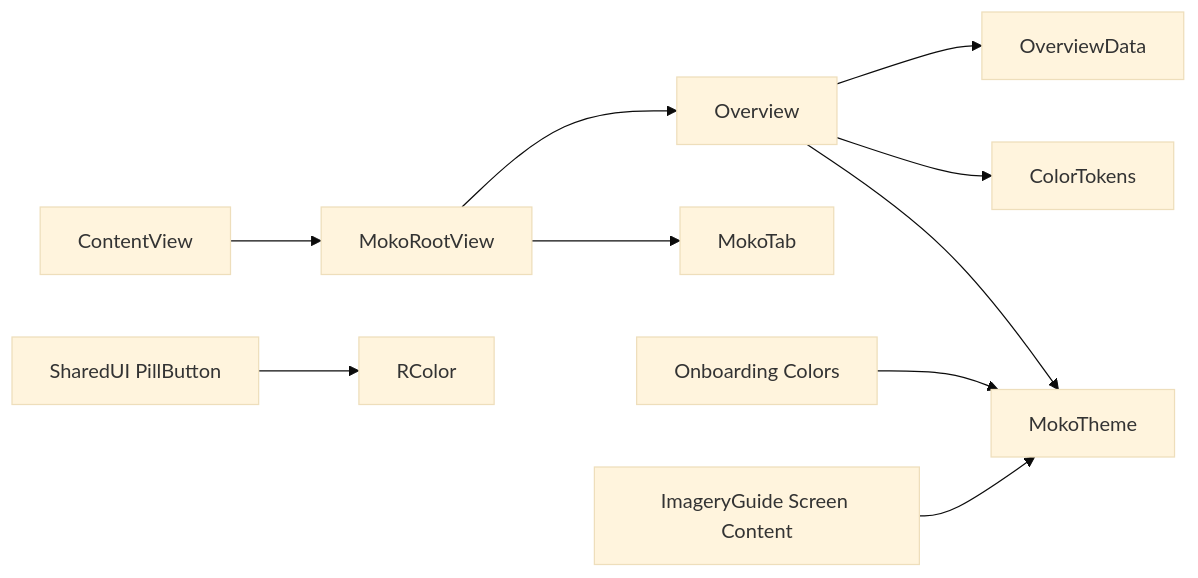
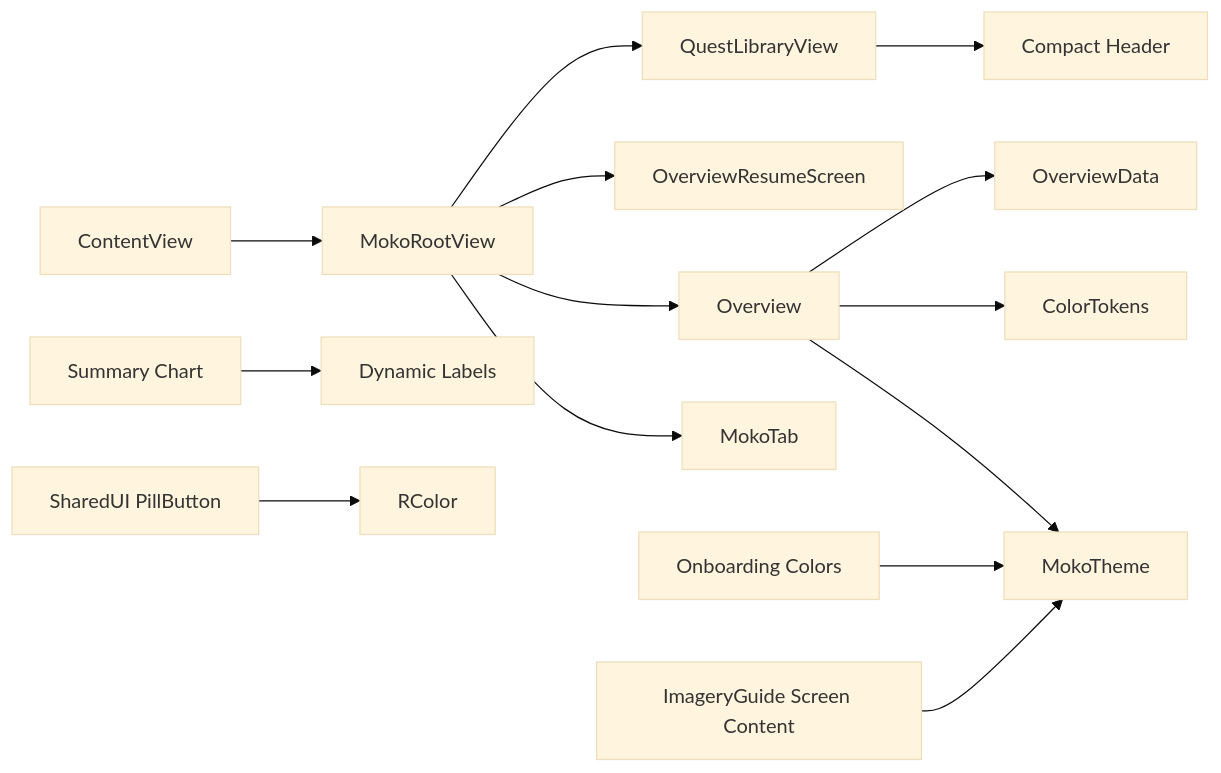
Before and after one commit to Moko-Your-Social-Capy/Moko---iOS-Native-App-: diagram 11 of 11 in .qoder/repowiki/en/content/UI Design System/UI Design System.md, drawn with Mermaid (base theme). The commit also changed other lines of this file and 101 other files, not shown here.

````diff
--- a/.qoder/repowiki/en/content/UI Design System/UI Design System.md
+++ b/.qoder/repowiki/en/content/UI Design System/UI Design System.md
@@ -412,12 +530,16 @@
 ```mermaid
 graph LR
 ContentView["ContentView"] --> MokoRootView["MokoRootView"]
 MokoRootView --> MokoTab["MokoTab"]
 MokoRootView --> Overview["Overview"]
+MokoRootView --> OverviewResume["OverviewResumeScreen"]
+MokoRootView --> QuestLibrary["QuestLibraryView"]
 Overview --> MokoTheme["MokoTheme"]
 Overview --> ColorTokens["ColorTokens"]
 Overview --> OverviewData["OverviewData"]
+QuestLibrary --> CompactHeader["Compact Header"]
+SummaryChart["Summary Chart"] --> AxisLabeling["Dynamic Labels"]
 OnboardingColors["Onboarding Colors"] --> MokoTheme
 SharedUI["SharedUI PillButton"] --> RColor
 ImageryGuide["ImageryGuide Screen Content"] --> MokoTheme
 ```
````
